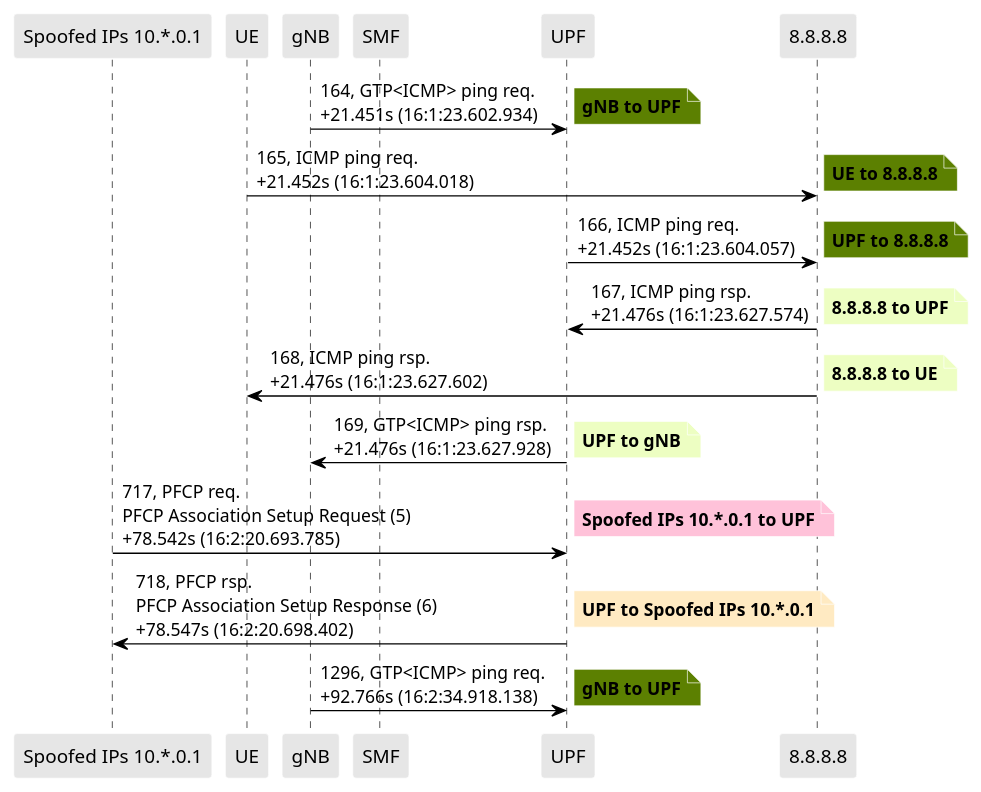
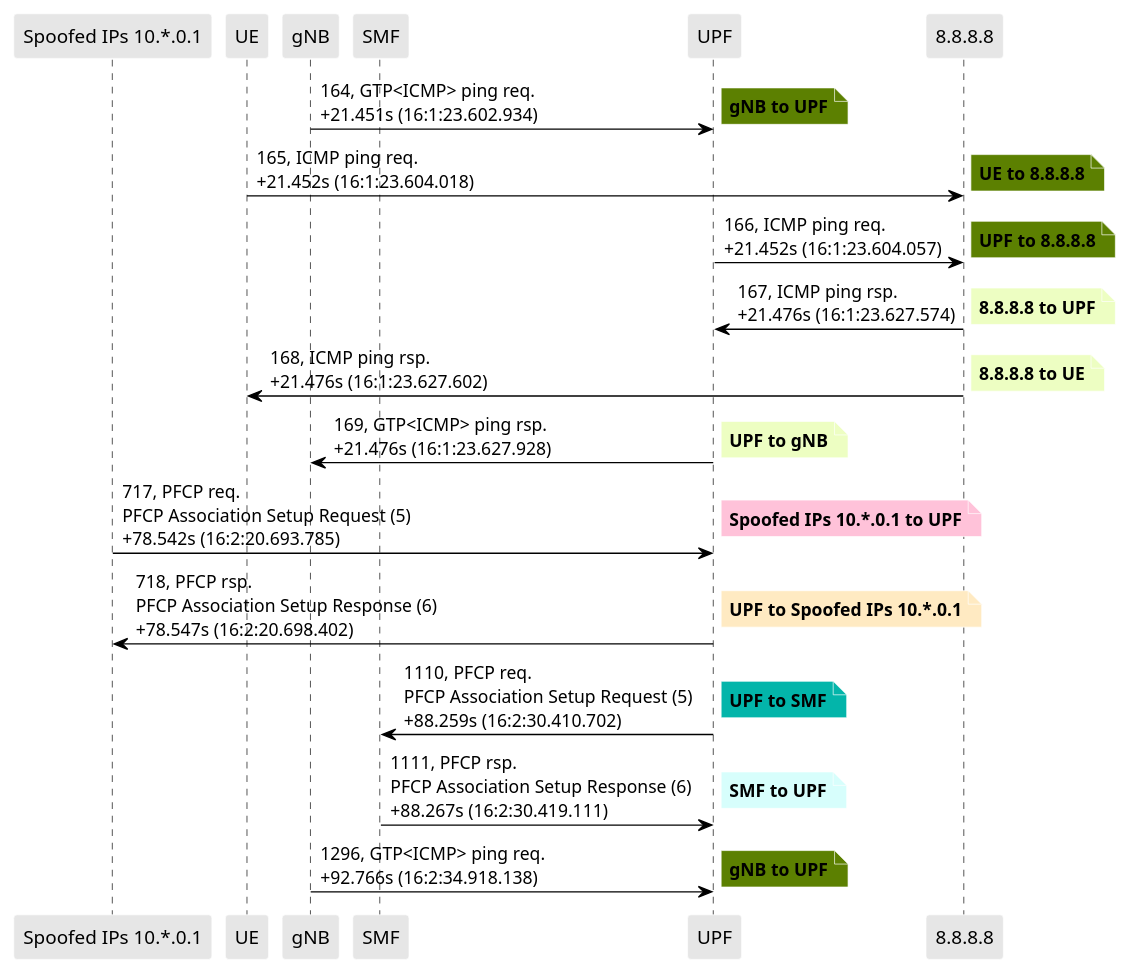
Before and after one commit to lilyhuegerich/5G: the diagram in PCAPS/Core/flood_attack_edited.puml, drawn with PlantUML. The commit also changed 1 other file, not shown here.

```diff
--- a/PCAPS/Core/flood_attack_edited.puml
+++ b/PCAPS/Core/flood_attack_edited.puml
@@ -1,70 +1,82 @@
 @startuml
 skinparam shadowing false
 skinparam NoteBorderColor white
 skinparam sequence {
     ArrowColor black
     LifeLineBorderColor black
     LifeLineBackgroundColor black
     ParticipantBorderColor white
     ParticipantBackgroundColor #e6e6e6
 }
 participant "Spoofed IPs 10.*.0.1"
 participant "UE"
 participant "gNB"
 participant "SMF"
 participant "UPF"
 
 "gNB" -> "UPF": 164, GTP<ICMP> ping req.\n+21.451s (16:1:23.602.934)
 
 note right #5C8001
 **gNB to UPF**
 end note
 
 "UE" -> "8.8.8.8": 165, ICMP ping req.\n+21.452s (16:1:23.604.018)
 
 note right #5C8001
 **UE to 8.8.8.8**
 end note
 
 "UPF" -> "8.8.8.8": 166, ICMP ping req.\n+21.452s (16:1:23.604.057)
 
 note right #5C8001
 **UPF to 8.8.8.8**
 end note
 
 "8.8.8.8" -> "UPF": 167, ICMP ping rsp.\n+21.476s (16:1:23.627.574)
 
 note right #EDFEC2
 **8.8.8.8 to UPF**
 end note
 
 "8.8.8.8" -> "UE": 168, ICMP ping rsp.\n+21.476s (16:1:23.627.602)
 
 note right #EDFEC2
 **8.8.8.8 to UE**
 end note
 
 "UPF" -> "gNB": 169, GTP<ICMP> ping rsp.\n+21.476s (16:1:23.627.928)
 
 note right #EDFEC2
 **UPF to gNB**
 end note
 "Spoofed IPs 10.*.0.1" -> "UPF": 717, PFCP req.\nPFCP Association Setup Request (5)\n+78.542s (16:2:20.693.785)
 
 note right #FFC2D9
 **Spoofed IPs 10.*.0.1 to UPF**
 end note
 
 "UPF" -> "Spoofed IPs 10.*.0.1": 718, PFCP rsp.\nPFCP Association Setup Response (6)\n+78.547s (16:2:20.698.402)
 
 note right #FFEAC2
 **UPF to Spoofed IPs 10.*.0.1**
 end note
 
+"UPF" -> "SMF": 1110, PFCP req.\nPFCP Association Setup Request (5)\n+88.259s (16:2:30.410.702)
+
+note right #03B5AA
+**UPF to SMF**
+end note
+
+"SMF" -> "UPF": 1111, PFCP rsp.\nPFCP Association Setup Response (6)\n+88.267s (16:2:30.419.111)
+
+note right #D7FEFC
+**SMF to UPF**
+end note
+
 "gNB" -> "UPF": 1296, GTP<ICMP> ping req.\n+92.766s (16:2:34.918.138)
 
 note right #5C8001
 **gNB to UPF**
 end note
 
 @enduml
```
